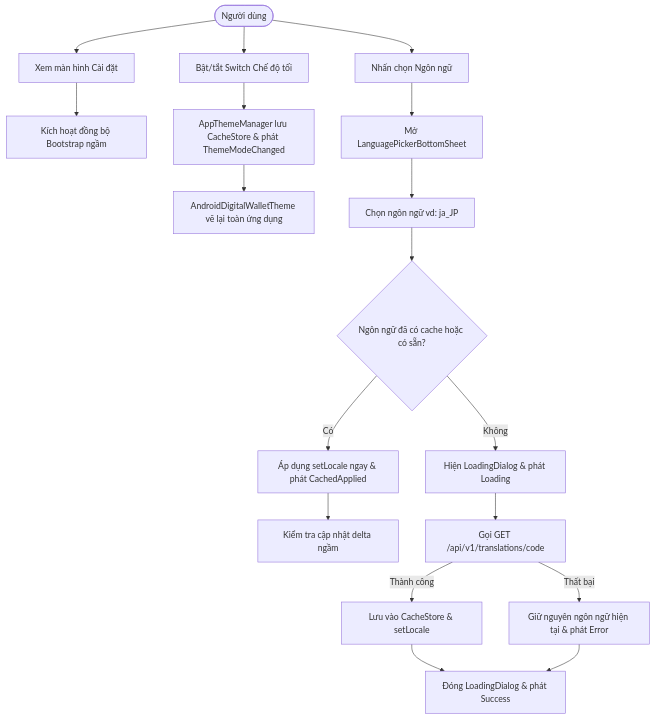
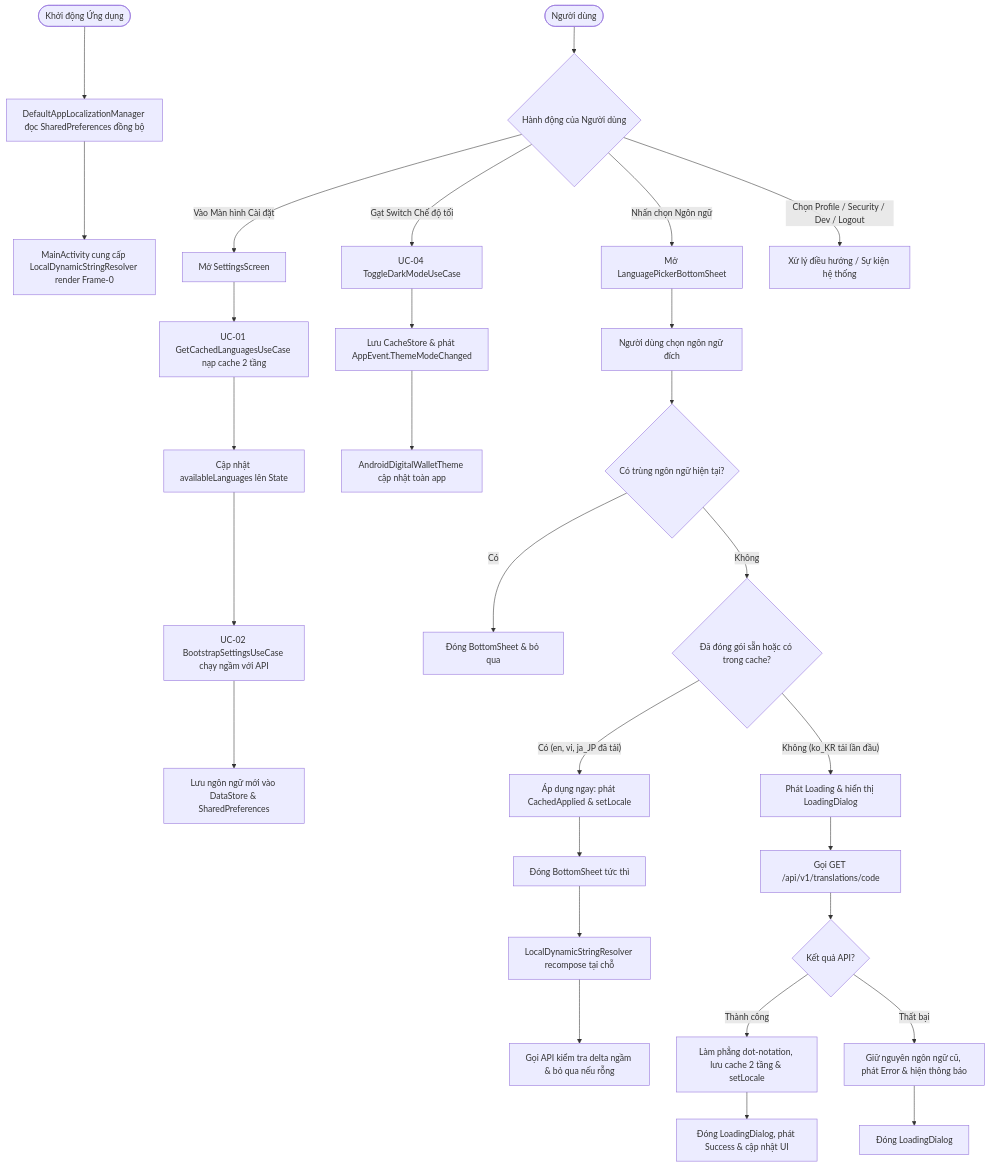
The third of 6 diagrams in .devtool/epic/settings_language_darkmode/settings_language_darkmode.vi.md (DanhDue/android_digital_wallet), drawn with Mermaid before and after one commit. The commit also changed other lines of this file and 61 other files, not shown here.

Commit message:
[SETTINGS-LANGUAGE-DARKMODE] fix bugs and update use cases.

````diff
--- a/.devtool/epic/settings_language_darkmode/settings_language_darkmode.vi.md
+++ b/.devtool/epic/settings_language_darkmode/settings_language_darkmode.vi.md
@@ -62,24 +107,39 @@
 ```mermaid
 flowchart TD
-    User([Người dùng]) --> ViewSettings[Xem màn hình Cài đặt]
-    ViewSettings --> SilentBootstrap[Kích hoạt đồng bộ Bootstrap ngầm]
+    StartApp([Khởi động Ứng dụng]) --> ColdStartInit[DefaultAppLocalizationManager đọc SharedPreferences đồng bộ]
+    ColdStartInit --> RenderFrame0[MainActivity cung cấp LocalDynamicStringResolver render Frame-0]
     
-    User --> ToggleTheme[Bật/tắt Switch Chế độ tối]
-    ToggleTheme --> AppThemeMgr[AppThemeManager lưu CacheStore & phát ThemeModeChanged]
-    AppThemeMgr --> RecomposeApp[AndroidDigitalWalletTheme vẽ lại toàn ứng dụng]
+    User([Người dùng]) --> ActionChoice{Hành động của Người dùng}
     
-    User --> TapLanguage[Nhấn chọn Ngôn ngữ]
-    TapLanguage --> OpenSheet[Mở LanguagePickerBottomSheet]
-    OpenSheet --> SelectLang[Chọn ngôn ngữ vd: ja_JP]
+    ActionChoice -->|Vào Màn hình Cài đặt| OpenSettings[Mở SettingsScreen]
+    OpenSettings --> LoadCached[UC-01 GetCachedLanguagesUseCase nạp cache 2 tầng]
+    LoadCached --> UpdateAvailableLangs[Cập nhật availableLanguages lên State]
+    UpdateAvailableLangs --> RunBootstrap[UC-02 BootstrapSettingsUseCase chạy ngầm với API]
+    RunBootstrap --> SaveDualCache[Lưu ngôn ngữ mới vào DataStore & SharedPreferences]
     
-    SelectLang --> CheckCache{Ngôn ngữ đã có cache hoặc có sẵn?}
-    CheckCache -- Có --> OptimisticSwitch[Áp dụng setLocale ngay & phát CachedApplied]
-    OptimisticSwitch --> BgDelta[Kiểm tra cập nhật delta ngầm]
+    ActionChoice -->|Gạt Switch Chế độ tối| ToggleTheme[UC-04 ToggleDarkModeUseCase]
+    ToggleTheme --> SaveTheme[Lưu CacheStore & phát AppEvent.ThemeModeChanged]
+    SaveTheme --> RecomposeTheme[AndroidDigitalWalletTheme cập nhật toàn app]
     
-    CheckCache -- Không --> ShowLoading[Hiện LoadingDialog & phát Loading]
-    ShowLoading --> FetchAPI[Gọi GET /api/v1/translations/code]
-    FetchAPI -- Thành công --> CacheLocal[Lưu vào CacheStore & setLocale]
-    CacheLocal --> DismissLoading[Đóng LoadingDialog & phát Success]
-    FetchAPI -- Thất bại --> Rollback[Giữ nguyên ngôn ngữ hiện tại & phát Error]
-    Rollback --> DismissLoading
+    ActionChoice -->|Nhấn chọn Ngôn ngữ| OpenPicker[Mở LanguagePickerBottomSheet]
+    OpenPicker --> SelectLang[Người dùng chọn ngôn ngữ đích]
+    
+    SelectLang --> CheckSame{Có trùng ngôn ngữ hiện tại?}
+    CheckSame -- Có --> ClosePicker[Đóng BottomSheet & bỏ qua]
+    CheckSame -- Không --> CheckCached{Đã đóng gói sẵn hoặc có trong cache?}
+    
+    CheckCached -- Có (en, vi, ja_JP đã tải) --> OptimisticPath[Áp dụng ngay: phát CachedApplied & setLocale]
+    OptimisticPath --> ClosePickerSuccess[Đóng BottomSheet tức thì]
+    ClosePickerSuccess --> RecomposeInPlace[LocalDynamicStringResolver recompose tại chỗ]
+    RecomposeInPlace --> SilentDeltaCheck[Gọi API kiểm tra delta ngầm & bỏ qua nếu rỗng]
+    
+    CheckCached -- Không (ko_KR tải lần đầu) --> LoadingPath[Phát Loading & hiển thị LoadingDialog]
+    LoadingPath --> CallOTAAPI[Gọi GET /api/v1/translations/code]
+    CallOTAAPI --> CheckAPIResult{Kết quả API?}
+    CheckAPIResult -- Thành công --> FlattenSave[Làm phẳng dot-notation, lưu cache 2 tầng & setLocale]
+    FlattenSave --> DismissLoadingSuccess[Đóng LoadingDialog, phát Success & cập nhật UI]
+    CheckAPIResult -- Thất bại --> Rollback[Giữ nguyên ngôn ngữ cũ, phát Error & hiện thông báo]
+    Rollback --> DismissLoadingFail[Đóng LoadingDialog]
+    
+    ActionChoice -->|Chọn Profile / Security / Dev / Logout| OtherActions[Xử lý điều hướng / Sự kiện hệ thống]
 ```
````
